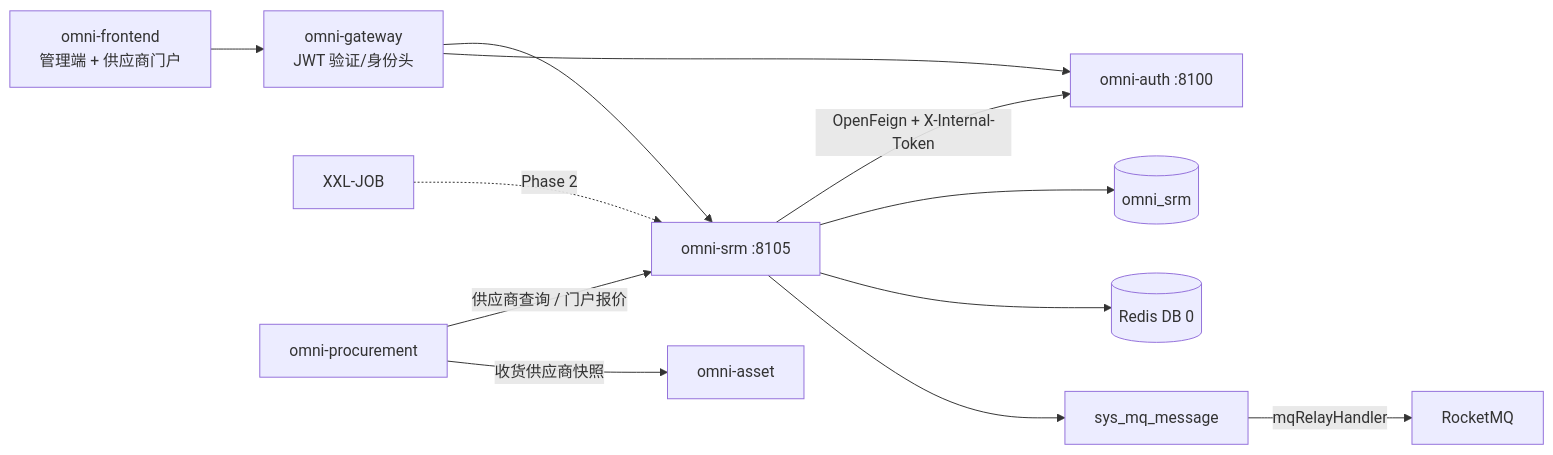
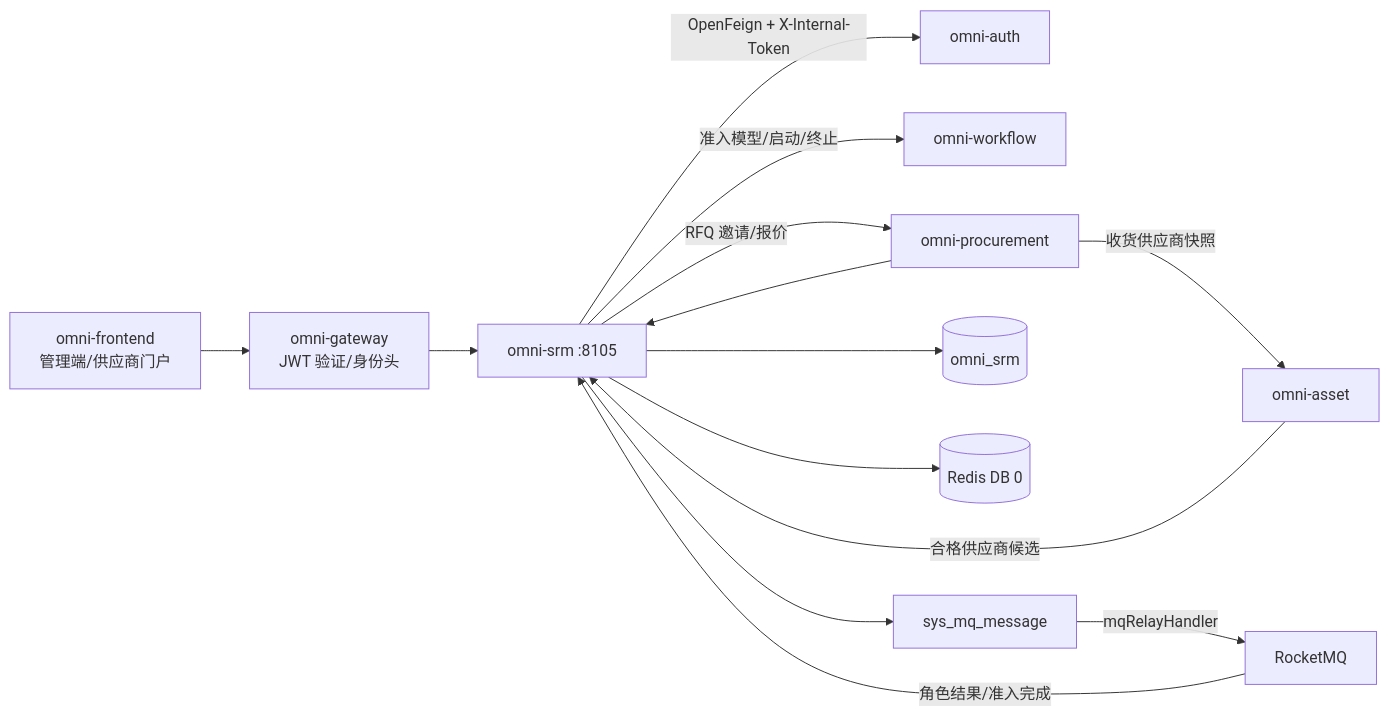
The first of 5 diagrams in docs/design/srm-design.md (wang-baohai/Omni-Stack), drawn with Mermaid before and after one commit. The commit also changed other lines of this file and 1095 other files, not shown here.

````diff
--- a/docs/design/srm-design.md
+++ b/docs/design/srm-design.md
@@ -69,14 +73,16 @@
 ```mermaid
 flowchart LR
-    UI["omni-frontend<br/>管理端 + 供应商门户"] --> GW["omni-gateway<br/>JWT 验证/身份头"]
+    UI["omni-frontend<br/>管理端/供应商门户"] --> GW["omni-gateway<br/>JWT 验证/身份头"]
     GW --> SRM["omni-srm :8105"]
-    GW --> AUTH["omni-auth :8100"]
-    SRM -->|"OpenFeign + X-Internal-Token"| AUTH
+    SRM -->|"OpenFeign + X-Internal-Token"| AUTH["omni-auth"]
+    SRM -->|"准入模型/启动/终止"| WF["omni-workflow"]
+    SRM -->|"RFQ 邀请/报价"| PROC["omni-procurement"]
+    PROC --> SRM
+    ASSET["omni-asset"] -->|"合格供应商候选"| SRM
+    PROC -->|"收货供应商快照"| ASSET
     SRM --> DB[("omni_srm")]
     SRM --> R[("Redis DB 0")]
     SRM --> O["sys_mq_message"]
     O -->|"mqRelayHandler"| MQ["RocketMQ"]
-    XXL["XXL-JOB"] -. "Phase 2" .-> SRM
-    PROC["omni-procurement"] -->|"供应商查询 / 门户报价"| SRM
-    PROC -->|"收货供应商快照"| ASSET["omni-asset"]
+    MQ -->|"角色结果/准入完成"| SRM
 ```
````
